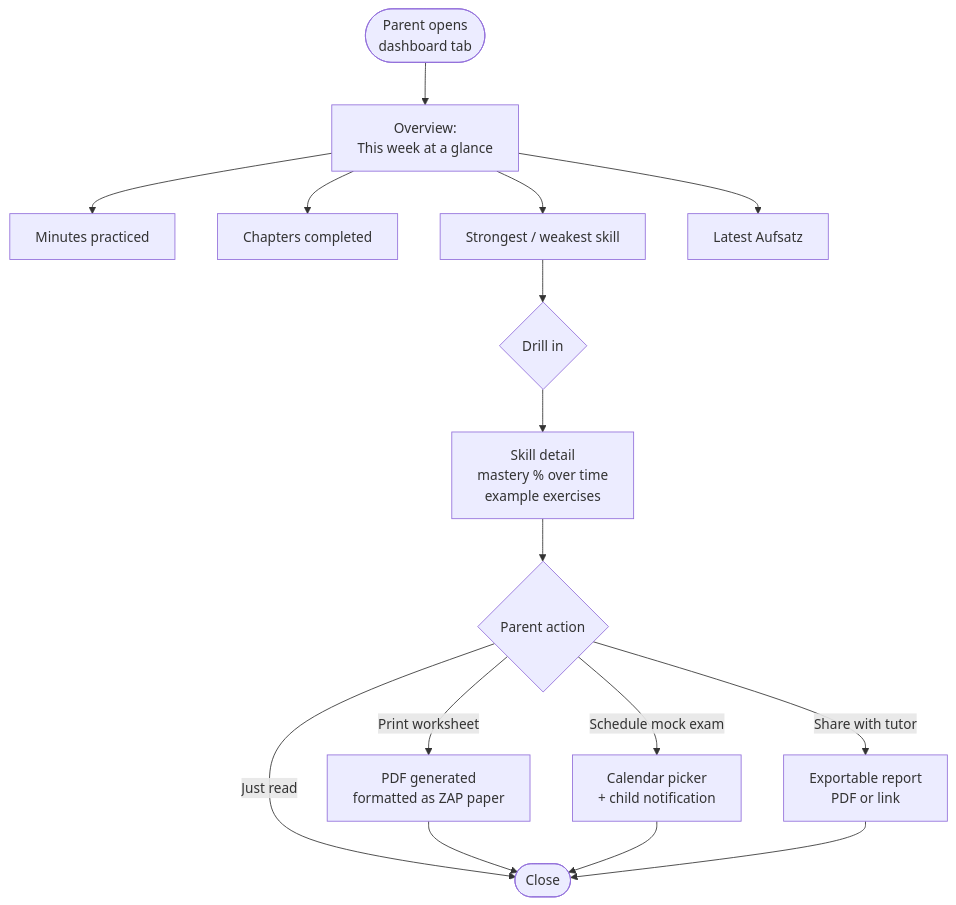
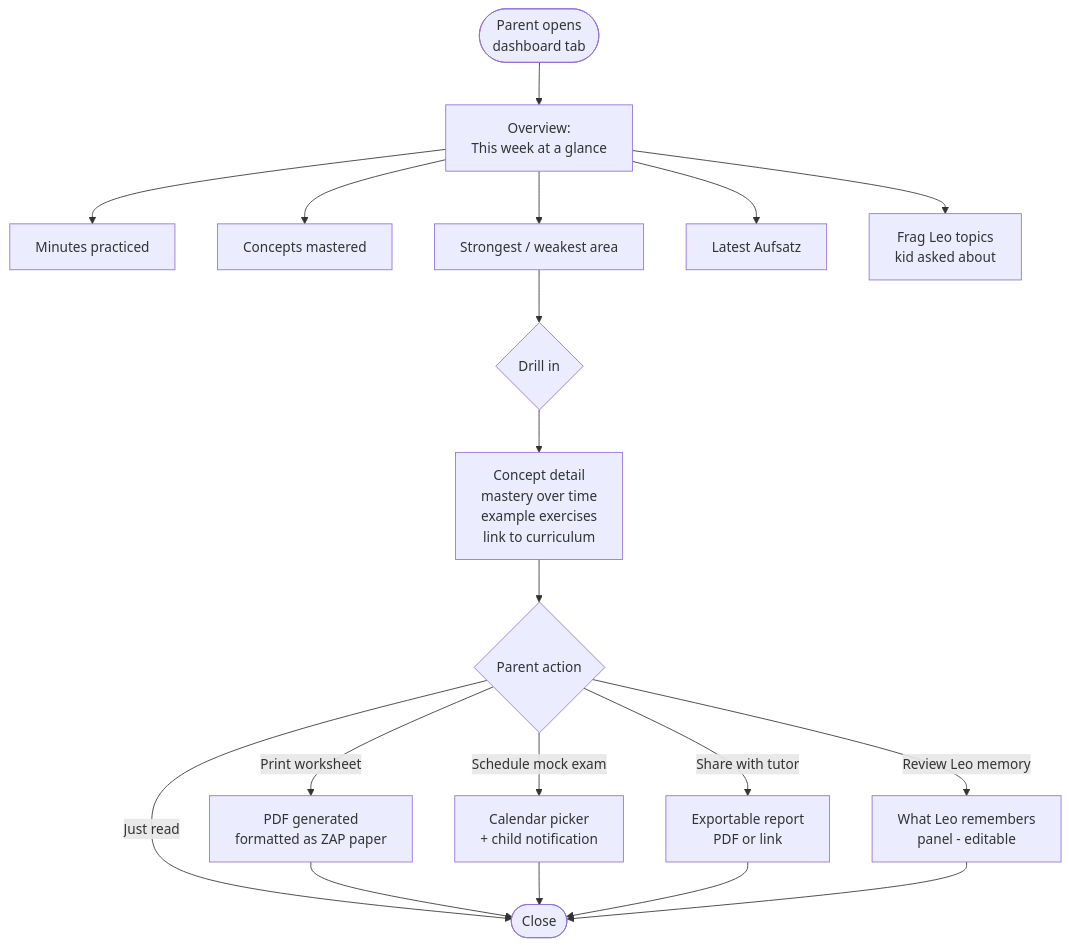
Diagram 13 of 16 in docs/product/user-flows-and-interaction.md (romank-crisp/gymi-pruf), drawn with Mermaid before and after one commit. The commit also changed other lines of this file and 3 other files, not shown here.

````diff
--- a/docs/product/user-flows-and-interaction.md
+++ b/docs/product/user-flows-and-interaction.md
@@ -345,18 +415,21 @@
 ```mermaid
 flowchart TD
     Enter([Parent opens<br/>dashboard tab]) --> O[Overview:<br/>This week at a glance]
     O --> OA[Minutes practiced]
-    O --> OB[Chapters completed]
-    O --> OC[Strongest / weakest skill]
+    O --> OB[Concepts mastered]
+    O --> OC[Strongest / weakest area]
     O --> OD[Latest Aufsatz]
+    O --> OE[Frag Leo topics<br/>kid asked about]
     OC --> DRILL{Drill in}
-    DRILL --> SKILL[Skill detail<br/>mastery % over time<br/>example exercises]
+    DRILL --> SKILL[Concept detail<br/>mastery over time<br/>example exercises<br/>link to curriculum]
     SKILL --> ACTION{Parent action}
     ACTION -->|Print worksheet| PRINT[PDF generated<br/>formatted as ZAP paper]
     ACTION -->|Schedule mock exam| MOCK[Calendar picker<br/>+ child notification]
     ACTION -->|Share with tutor| SHARE[Exportable report<br/>PDF or link]
+    ACTION -->|Review Leo memory| MEM[What Leo remembers<br/>panel - editable]
     ACTION -->|Just read| Leave([Close])
     PRINT --> Leave
     MOCK --> Leave
     SHARE --> Leave
+    MEM --> Leave
 ```
````
